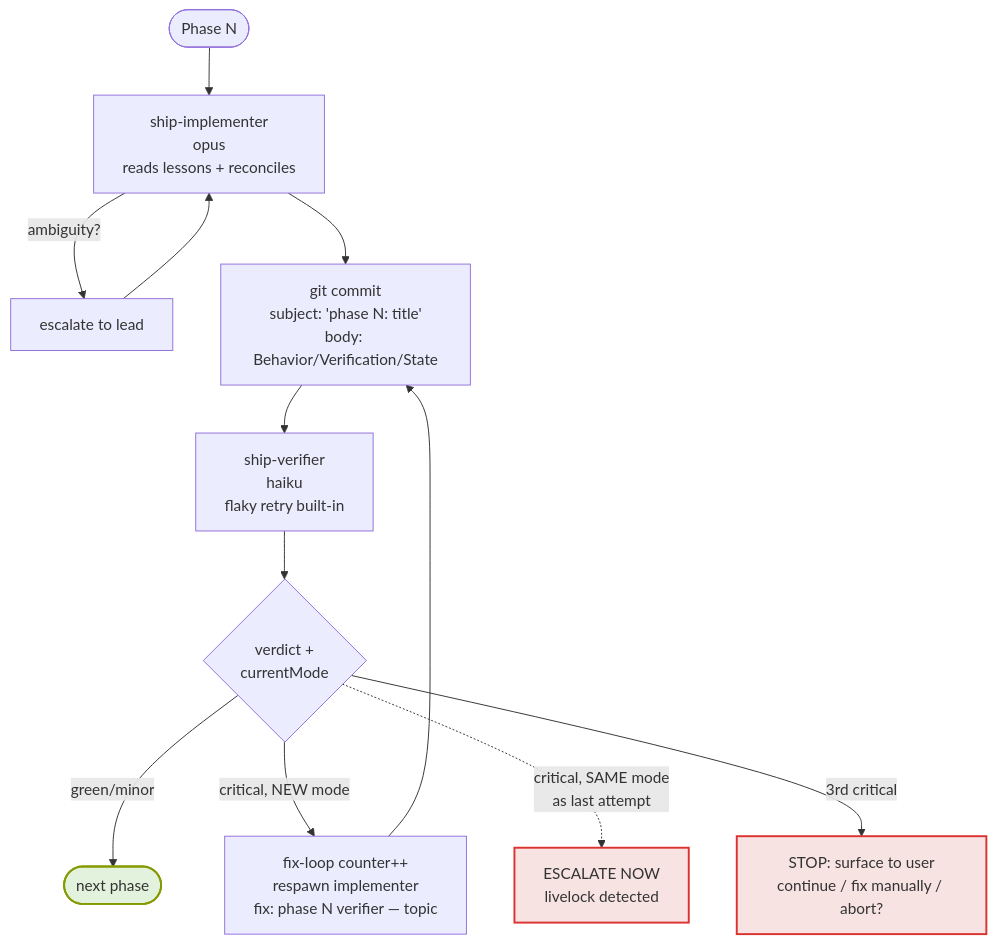
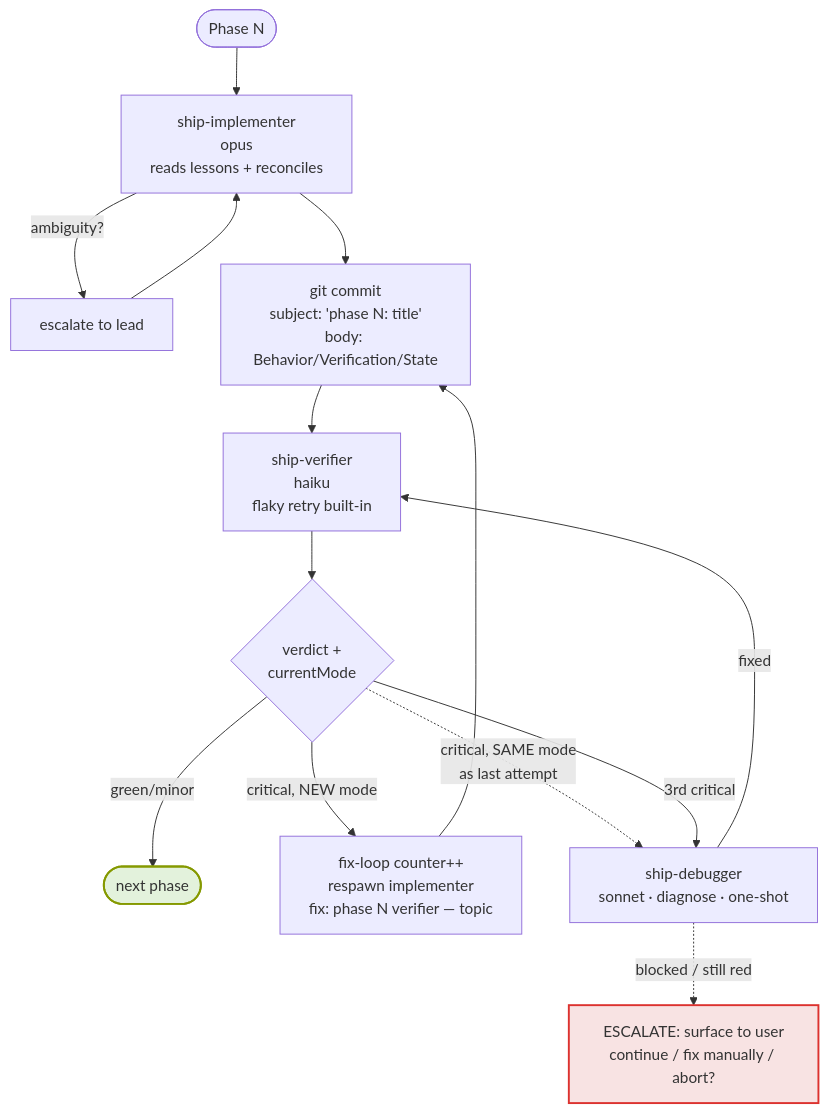
One commit to aliaksei-loi/ship changed the second of 4 diagrams in ARCHITECTURE.md. Above: the diagram before and after it, drawn with Mermaid. The commit also changed other lines of this file and 65 other files, not shown here.

````diff
--- a/ARCHITECTURE.md
+++ b/ARCHITECTURE.md
@@ -88,18 +88,20 @@
 ```mermaid
 flowchart TD
     Start([Phase N]) --> Imp[ship-implementer<br/>opus<br/>reads lessons + reconciles]
     Imp -->|ambiguity?| Esc[escalate to lead]
     Esc --> Imp
     Imp --> Commit[git commit<br/>subject: 'phase N: title'<br/>body: Behavior/Verification/State]
     Commit --> Ver[ship-verifier<br/>haiku<br/>flaky retry built-in]
     Ver --> Verdict{verdict +<br/>currentMode}
     Verdict -->|green/minor| Next([next phase])
     Verdict -->|critical, NEW mode| FixLoop[fix-loop counter++<br/>respawn implementer<br/>fix: phase N verifier — topic]
     FixLoop --> Commit
-    Verdict -.critical, SAME mode<br/>as last attempt.-> SameDef[ESCALATE NOW<br/>livelock detected]:::stop
-    Verdict -->|3rd critical| Stop[STOP: surface to user<br/>continue / fix manually / abort?]:::stop
+    Verdict -.critical, SAME mode<br/>as last attempt.-> Dbg
+    Verdict -->|3rd critical| Dbg[ship-debugger<br/>sonnet · diagnose · one-shot]
+    Dbg -->|fixed| Ver
+    Dbg -.blocked / still red.-> Stop[ESCALATE: surface to user<br/>continue / fix manually / abort?]:::stop
 
     classDef stop fill:#f8e3e3,stroke:#dc322f,stroke-width:2px
     classDef green fill:#e3f2dc,stroke:#859900,stroke-width:2px
     class Next green
 ```
````
